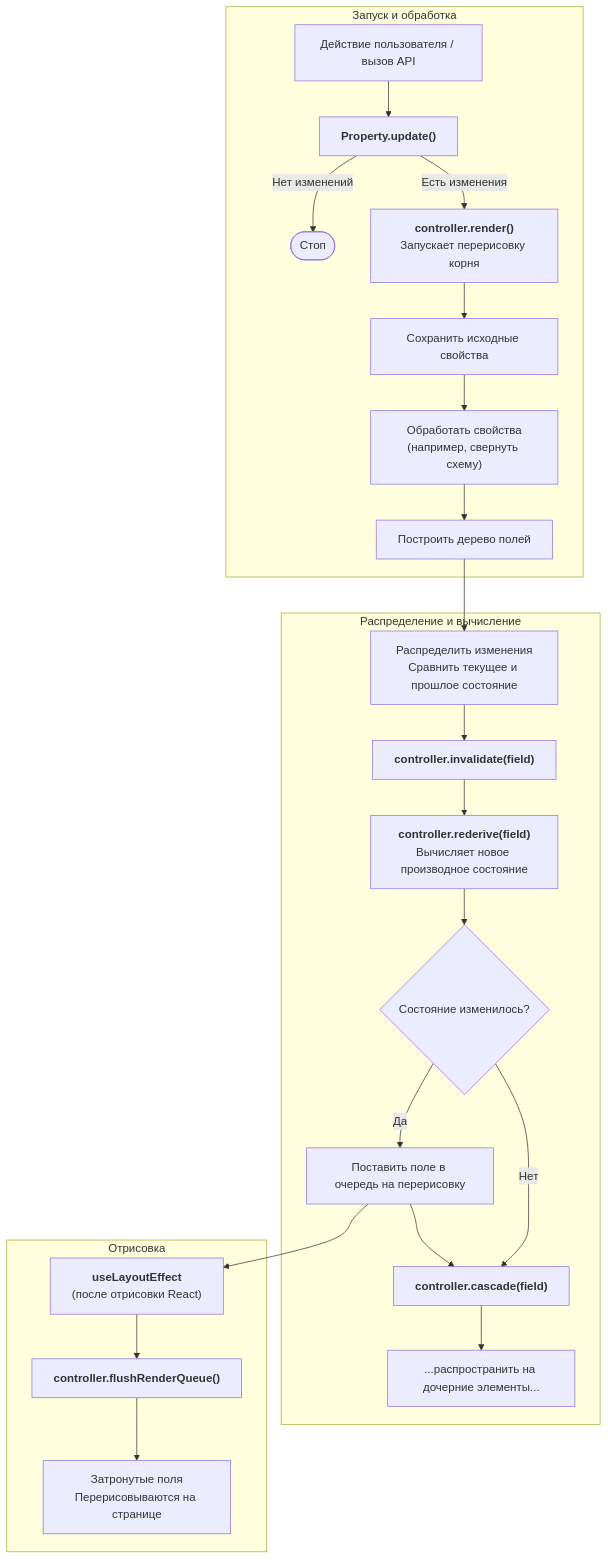
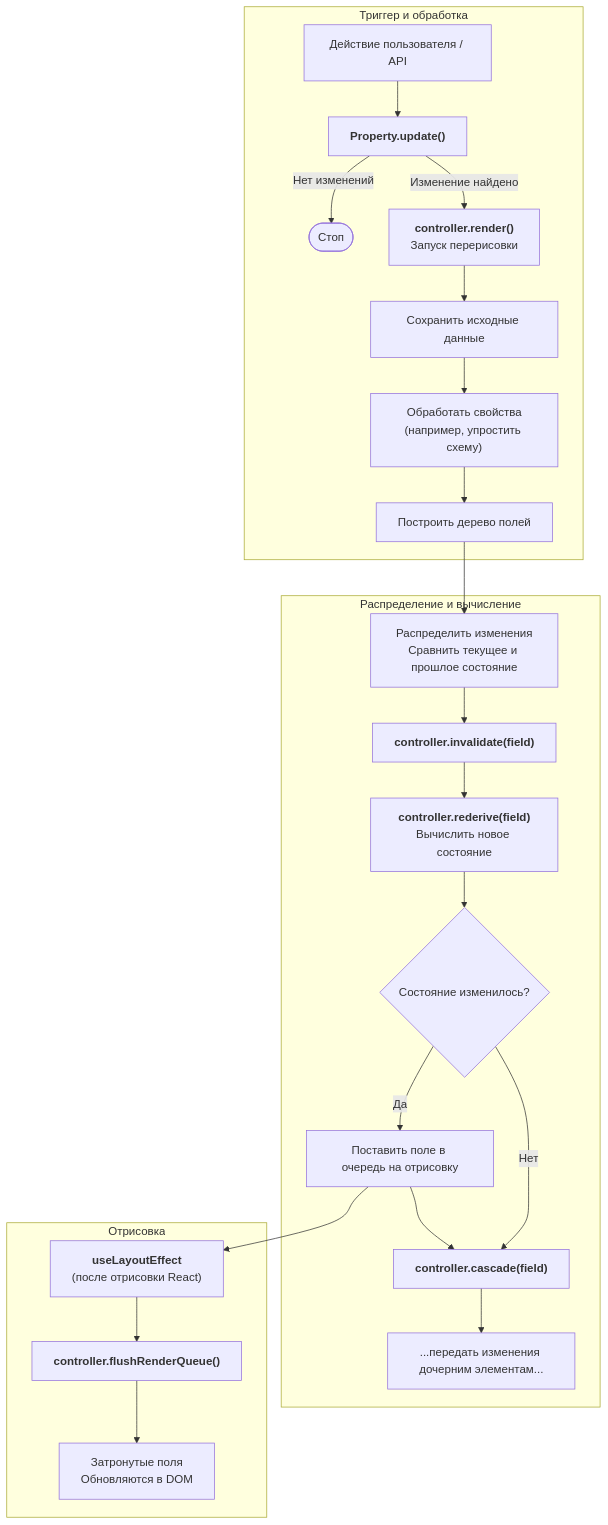
One commit to idealic-ai/docs changed the diagram in translations/simple-ru/acts/802_package_ui.md. Above: the diagram before and after it, drawn with Mermaid. The commit also changed other lines of this file and 3 other files, not shown here.

````diff
--- a/translations/simple-ru/acts/802_package_ui.md
+++ b/translations/simple-ru/acts/802_package_ui.md
@@ -82,28 +165,28 @@
 ```mermaid
 graph TD
-    subgraph "Запуск и обработка"
-        A["Действие пользователя / вызов API"] --> B["<b>Property.update()</b>"];
+    subgraph "Триггер и обработка"
+        A["Действие пользователя / API"] --> B["<b>Property.update()</b>"];
         B -- "Нет изменений" --> Stop([Стоп]);
-        B -- "Есть изменения" --> C["<b>controller.render()</b><br/>Запускает перерисовку корня"];
-        C --> D["Сохранить исходные свойства"];
-        D --> E["Обработать свойства<br/>(например, свернуть схему)"];
+        B -- "Изменение найдено" --> C["<b>controller.render()</b><br/>Запуск перерисовки"];
+        C --> D["Сохранить исходные данные"];
+        D --> E["Обработать свойства<br/>(например, упростить схему)"];
         E --> F["Построить дерево полей"];
     end
 
     subgraph "Распределение и вычисление"
         F --> G["Распределить изменения<br/>Сравнить текущее и прошлое состояние"];
         G --> H["<b>controller.invalidate(field)</b>"];
-        H --> I["<b>controller.rederive(field)</b><br/>Вычисляет новое производное состояние"];
+        H --> I["<b>controller.rederive(field)</b><br/>Вычислить новое состояние"];
         I --> J{"Состояние изменилось?"};
-        J -- Да --> K["Поставить поле в очередь на перерисовку"];
+        J -- Да --> K["Поставить поле в очередь на отрисовку"];
         J -- Нет --> L;
         K --> L["<b>controller.cascade(field)</b>"];
-        L --> M["...распространить на дочерние элементы..."];
+        L --> M["...передать изменения дочерним элементам..."];
     end
 
     subgraph "Отрисовка"
         K --> N["<b>useLayoutEffect</b><br/>(после отрисовки React)"];
         N --> O["<b>controller.flushRenderQueue()</b>"];
-        O --> P["Затронутые поля<br/>Перерисовываются на странице"];
+        O --> P["Затронутые поля<br/>Обновляются в DOM"];
     end
 ```
````
